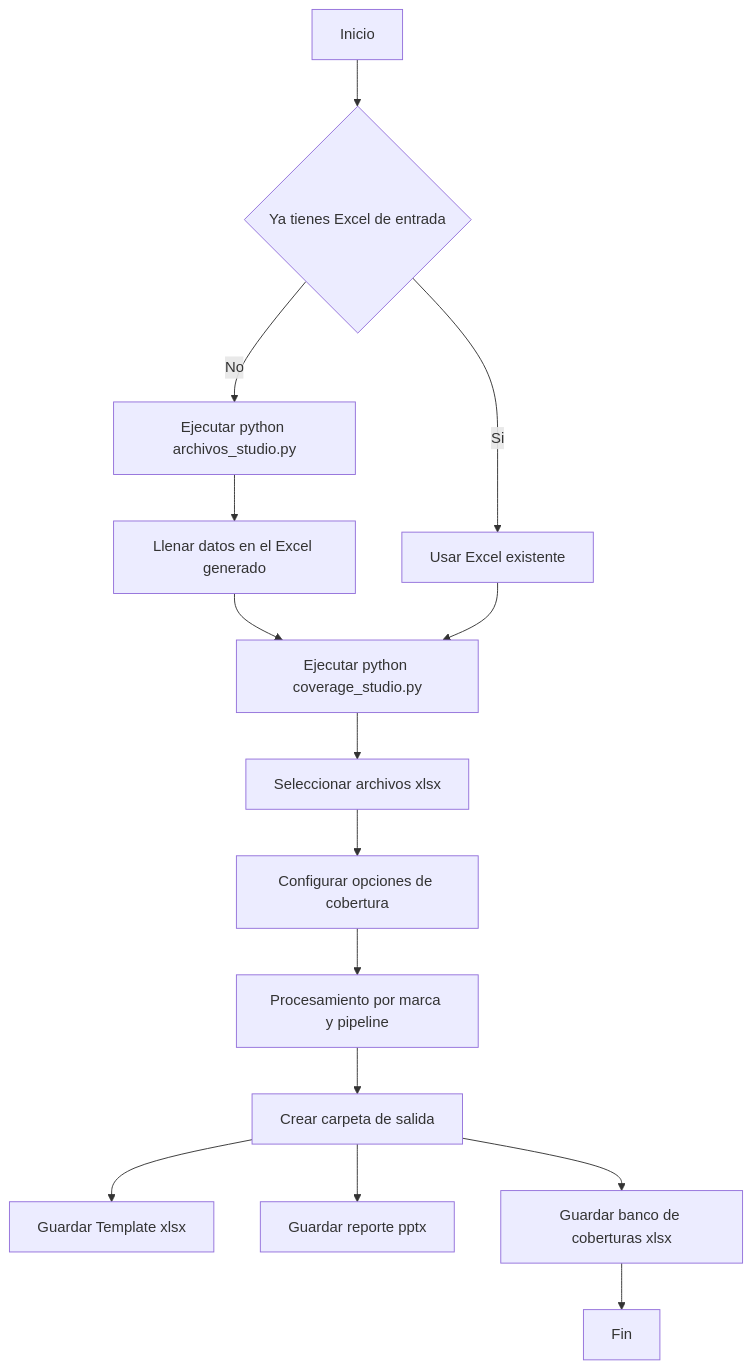
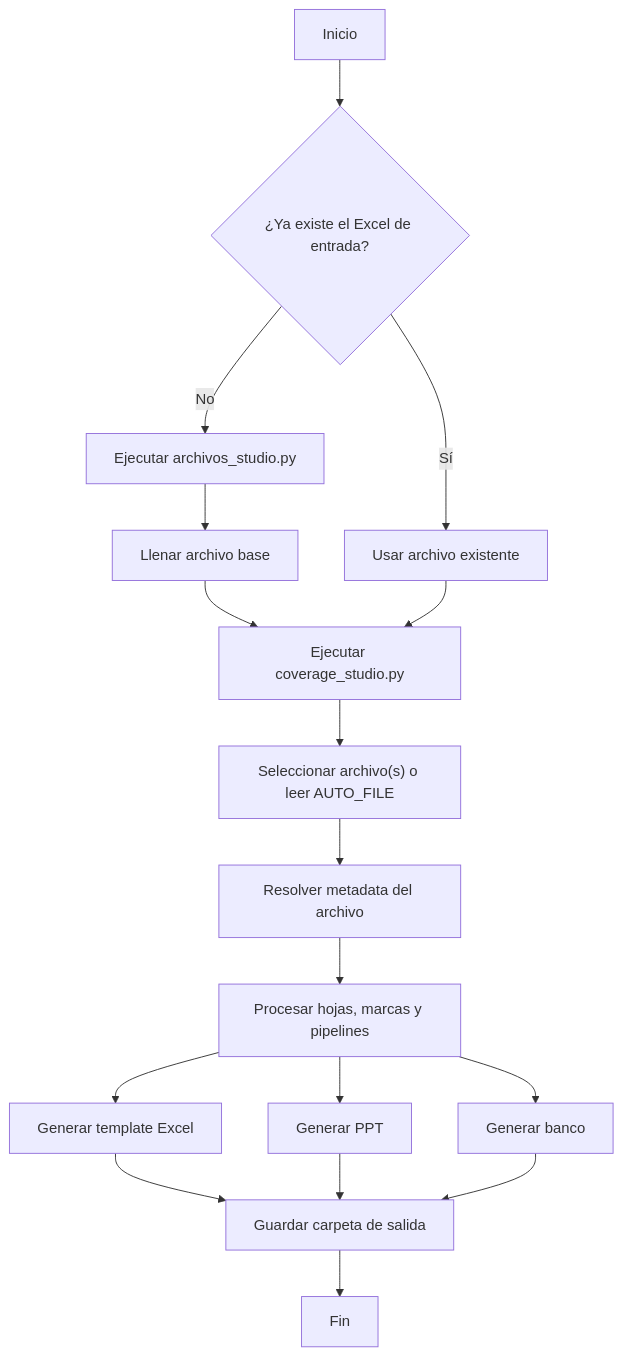
One commit to Gilberto-xyz/CoverageLab changed the diagram in README.md. Above: the diagram before and after it, drawn with Mermaid. The commit also changed other lines of this file, not shown here.

````diff
--- a/README.md
+++ b/README.md
@@ -130,17 +269,19 @@
 ```mermaid
 flowchart TD
-    A[Inicio] --> B{Ya tienes Excel de entrada}
-    B -- No --> C[Ejecutar python archivos_studio.py]
-    C --> D[Llenar datos en el Excel generado]
-    B -- Si --> E[Usar Excel existente]
-    D --> F[Ejecutar python coverage_studio.py]
+    A["Inicio"] --> B{"¿Ya existe el Excel de entrada?"}
+    B -- "No" --> C["Ejecutar archivos_studio.py"]
+    C --> D["Llenar archivo base"]
+    B -- "Sí" --> E["Usar archivo existente"]
+    D --> F["Ejecutar coverage_studio.py"]
     E --> F
-    F --> G[Seleccionar archivos xlsx]
-    G --> H[Configurar opciones de cobertura]
-    H --> I[Procesamiento por marca y pipeline]
-    I --> J[Crear carpeta de salida]
-    J --> K[Guardar Template xlsx]
-    J --> L[Guardar reporte pptx]
-    J --> M[Guardar banco de coberturas xlsx]
-    M --> N[Fin]
+    F --> G["Seleccionar archivo(s) o leer AUTO_FILE"]
+    G --> H["Resolver metadata del archivo"]
+    H --> I["Procesar hojas, marcas y pipelines"]
+    I --> J["Generar template Excel"]
+    I --> K["Generar PPT"]
+    I --> L["Generar banco"]
+    J --> M["Guardar carpeta de salida"]
+    K --> M
+    L --> M
+    M --> N["Fin"]
 ```
````
